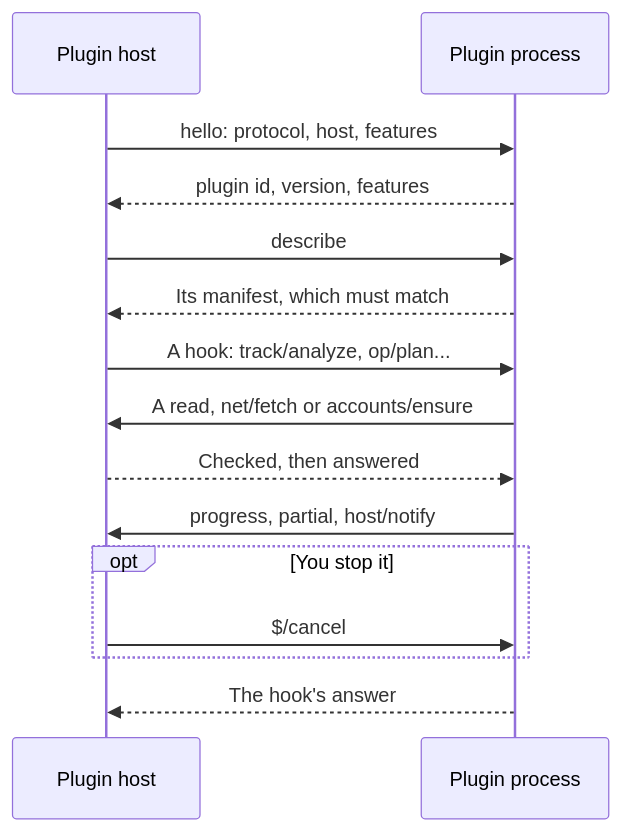
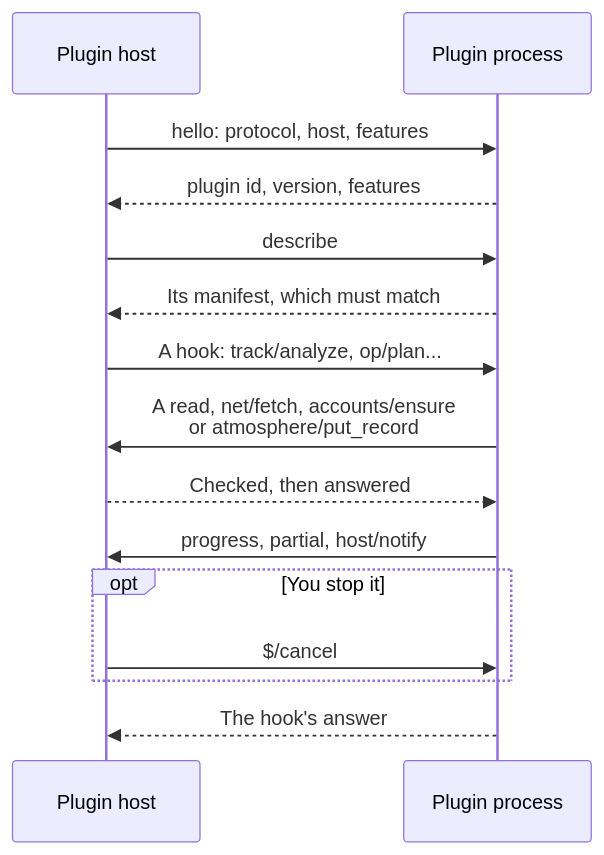
One commit to cutenode/localnetwork changed the sixth of 17 diagrams in apps/locallibrary/docs/diagrams/plugins.md. Above: the diagram before and after it, drawn with Mermaid. The commit also changed other lines of this file and 37 other files, not shown here.

````diff
--- a/apps/locallibrary/docs/diagrams/plugins.md
+++ b/apps/locallibrary/docs/diagrams/plugins.md
@@ -134,17 +134,17 @@
 ```mermaid
 sequenceDiagram
     participant H as Plugin host
     participant P as Plugin process
     H->>P: hello: protocol, host, features
     P-->>H: plugin id, version, features
     H->>P: describe
     P-->>H: Its manifest, which must match
     H->>P: A hook: track/analyze, op/plan...
-    P->>H: A read, net/fetch or accounts/ensure
+    P->>H: A read, net/fetch, accounts/ensure<br/>or atmosphere/put_record
     H-->>P: Checked, then answered
     P->>H: progress, partial, host/notify
     opt You stop it
         H->>P: $/cancel
     end
     P-->>H: The hook's answer
 ```
````
